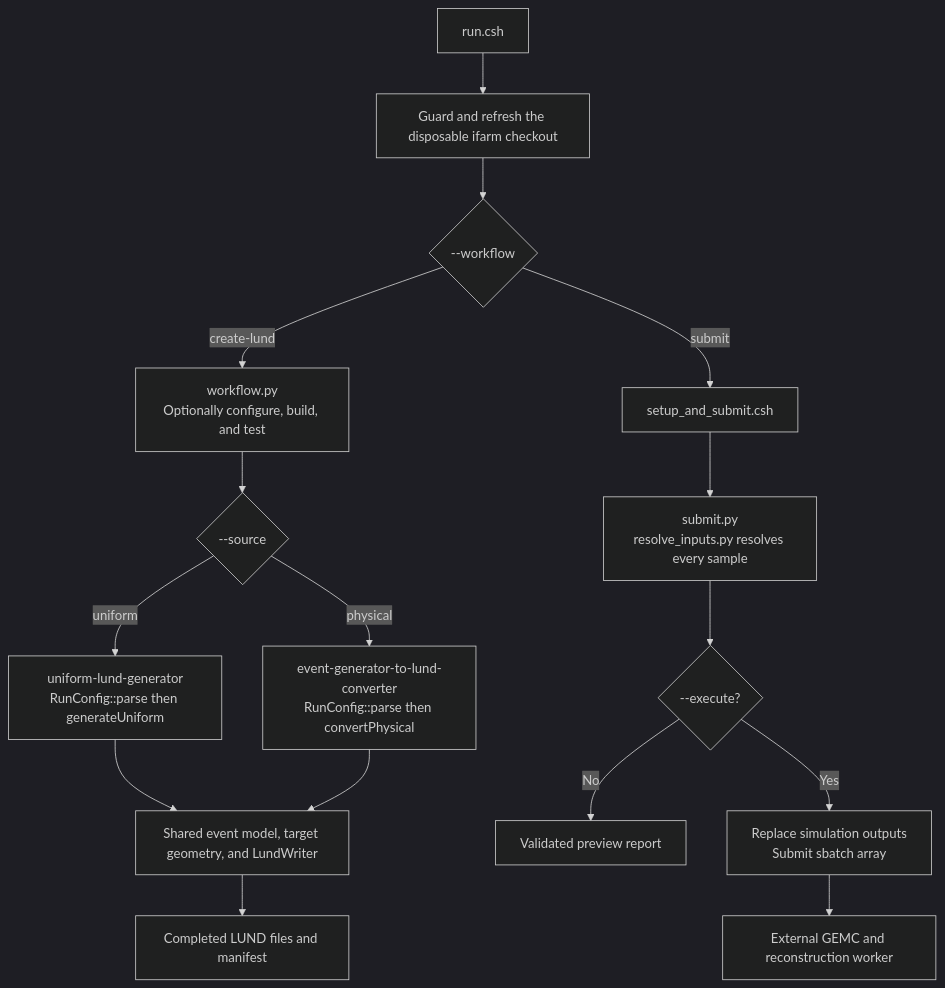
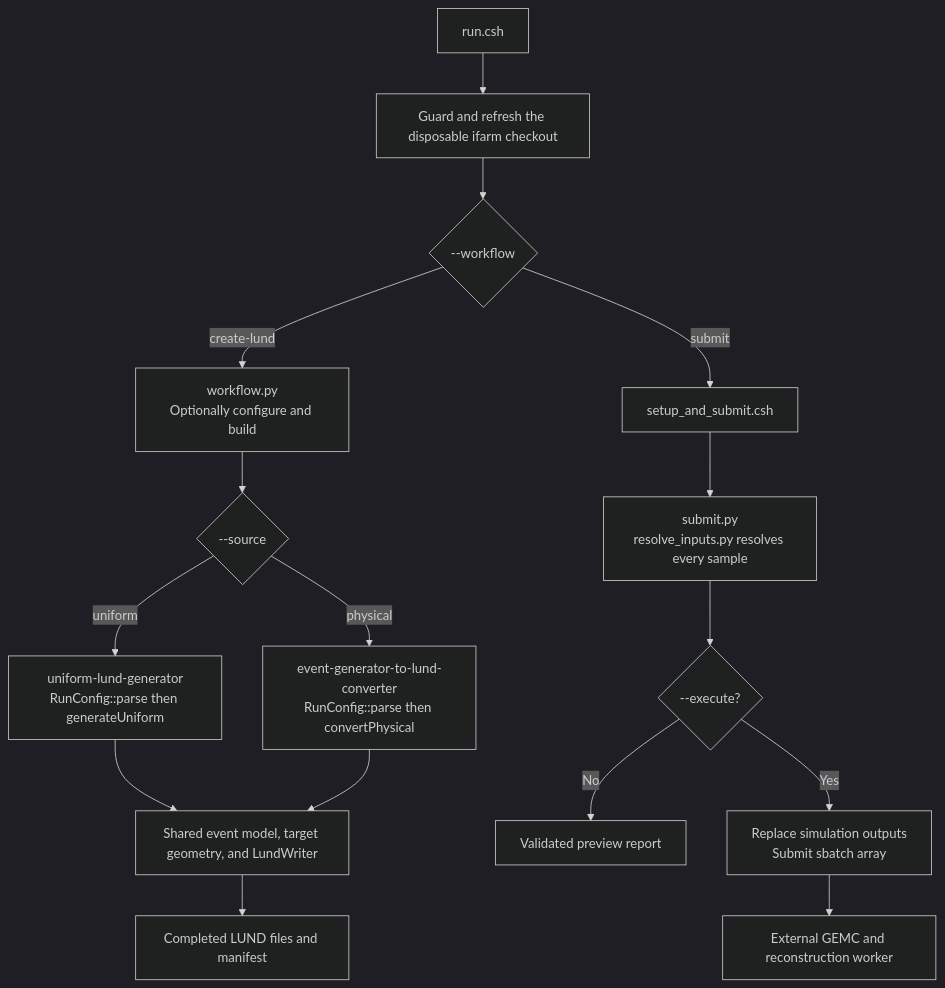
Before and after one commit to alons126/CLAS12-sample-generator: the diagram in docs/concepts/architecture.md, drawn with Mermaid (dark theme). The commit also changed other lines of this file and 54 other files, not shown here.

````diff
--- a/docs/concepts/architecture.md
+++ b/docs/concepts/architecture.md
@@ -43,20 +43,20 @@
 ```mermaid
 flowchart TB
     R["run.csh"] --> G["Guard and refresh the disposable ifarm checkout"]
     G --> W{"--workflow"}
 
-    W -->|create-lund| L["workflow.py<br/>Optionally configure, build, and test"]
+    W -->|create-lund| L["workflow.py<br/>Optionally configure and build"]
     L --> S{"--source"}
     S -->|uniform| U["uniform-lund-generator<br/>RunConfig::parse then generateUniform"]
     S -->|physical| P["event-generator-to-lund-converter<br/>RunConfig::parse then convertPhysical"]
     U --> LW["Shared event model, target geometry, and LundWriter"]
     P --> LW
     LW --> F["Completed LUND files and manifest"]
 
     W -->|submit| C["setup_and_submit.csh"]
     C --> PY["submit.py<br/>resolve_inputs.py resolves every sample"]
     PY --> X{"--execute?"}
     X -->|No| V["Validated preview report"]
     X -->|Yes| A["Replace simulation outputs<br/>Submit sbatch array"]
     A --> J["External GEMC and reconstruction worker"]
 ```
````
